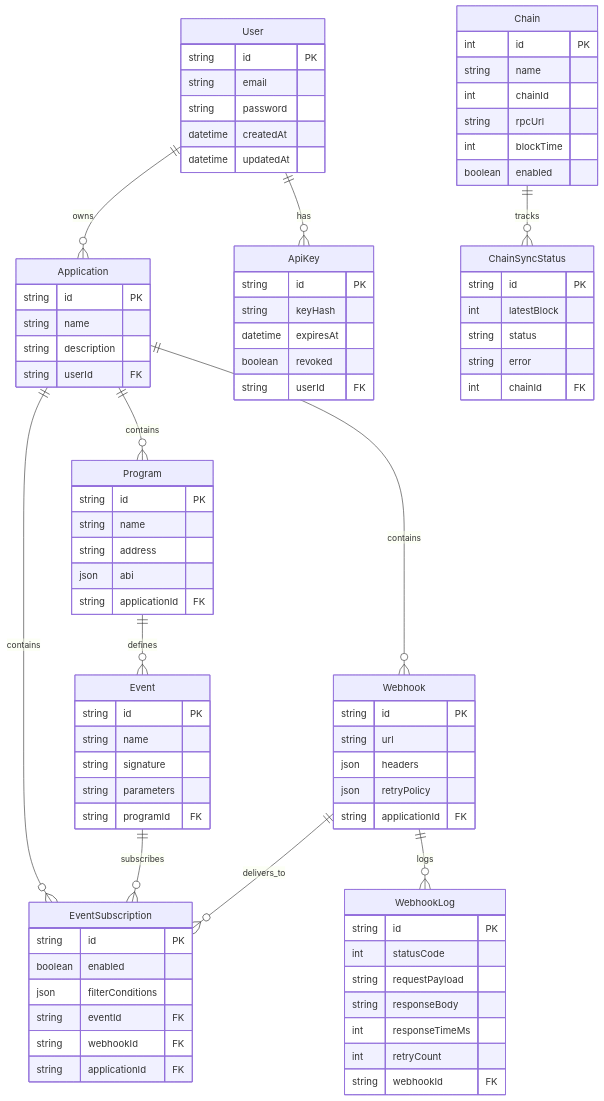
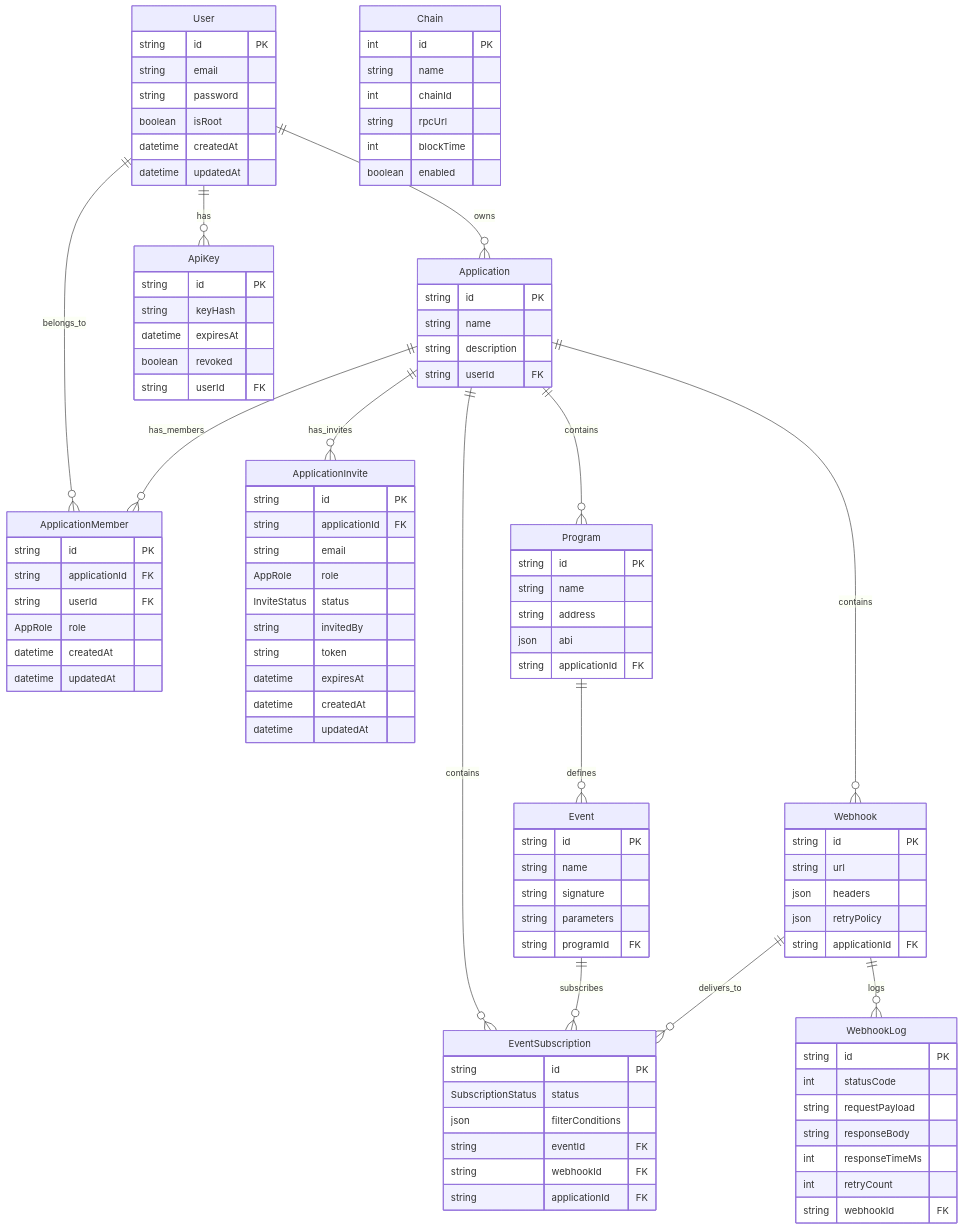
Before and after one commit to ymseok/chain-event-platform: the third of 3 diagrams in README.md, drawn with Mermaid. The commit also changed other lines of this file, not shown here.

Commit message:
docs(readme): update for RBAC, filter conditions, and schema changes
Reflect recent commits (fe11170–c0183b5): add RBAC & member management
features, subscription filter conditions, ApplicationMember/Invite
models in ER diagram, updated API endpoints, remove ChainSyncStatus,
and drop stale STATUS_REPORT_INTERVAL_MS env var.

```diff
--- a/README.md
+++ b/README.md
@@ -602,6 +604,9 @@
 erDiagram
     User ||--o{ Application : owns
     User ||--o{ ApiKey : has
+    User ||--o{ ApplicationMember : belongs_to
+    Application ||--o{ ApplicationMember : has_members
+    Application ||--o{ ApplicationInvite : has_invites
     Application ||--o{ Program : contains
     Application ||--o{ Webhook : contains
     Application ||--o{ EventSubscription : contains
@@ -609,12 +614,12 @@
     Event ||--o{ EventSubscription : subscribes
     Webhook ||--o{ EventSubscription : delivers_to
     Webhook ||--o{ WebhookLog : logs
-    Chain ||--o{ ChainSyncStatus : tracks
 
     User {
         string id PK
         string email
         string password
+        boolean isRoot
         datetime createdAt
         datetime updatedAt
     }
@@ -623,6 +628,26 @@
         string name
         string description
         string userId FK
+    }
+    ApplicationMember {
+        string id PK
+        string applicationId FK
+        string userId FK
+        AppRole role
+        datetime createdAt
+        datetime updatedAt
+    }
+    ApplicationInvite {
+        string id PK
+        string applicationId FK
+        string email
+        AppRole role
+        InviteStatus status
+        string invitedBy
+        string token
+        datetime expiresAt
+        datetime createdAt
+        datetime updatedAt
     }
     Program {
         string id PK
@@ -647,7 +672,7 @@
     }
     EventSubscription {
         string id PK
-        boolean enabled
+        SubscriptionStatus status
         json filterConditions
         string eventId FK
         string webhookId FK
@@ -660,13 +685,6 @@
         string rpcUrl
         int blockTime
         boolean enabled
-    }
-    ChainSyncStatus {
-        string id PK
-        int latestBlock
-        string status
-        string error
-        int chainId FK
     }
     WebhookLog {
         string id PK
```
